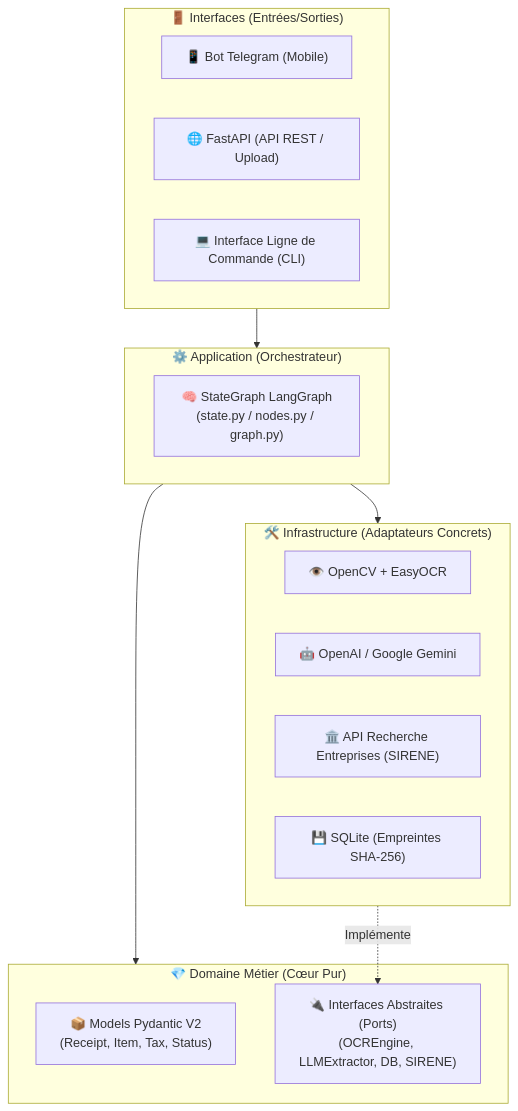
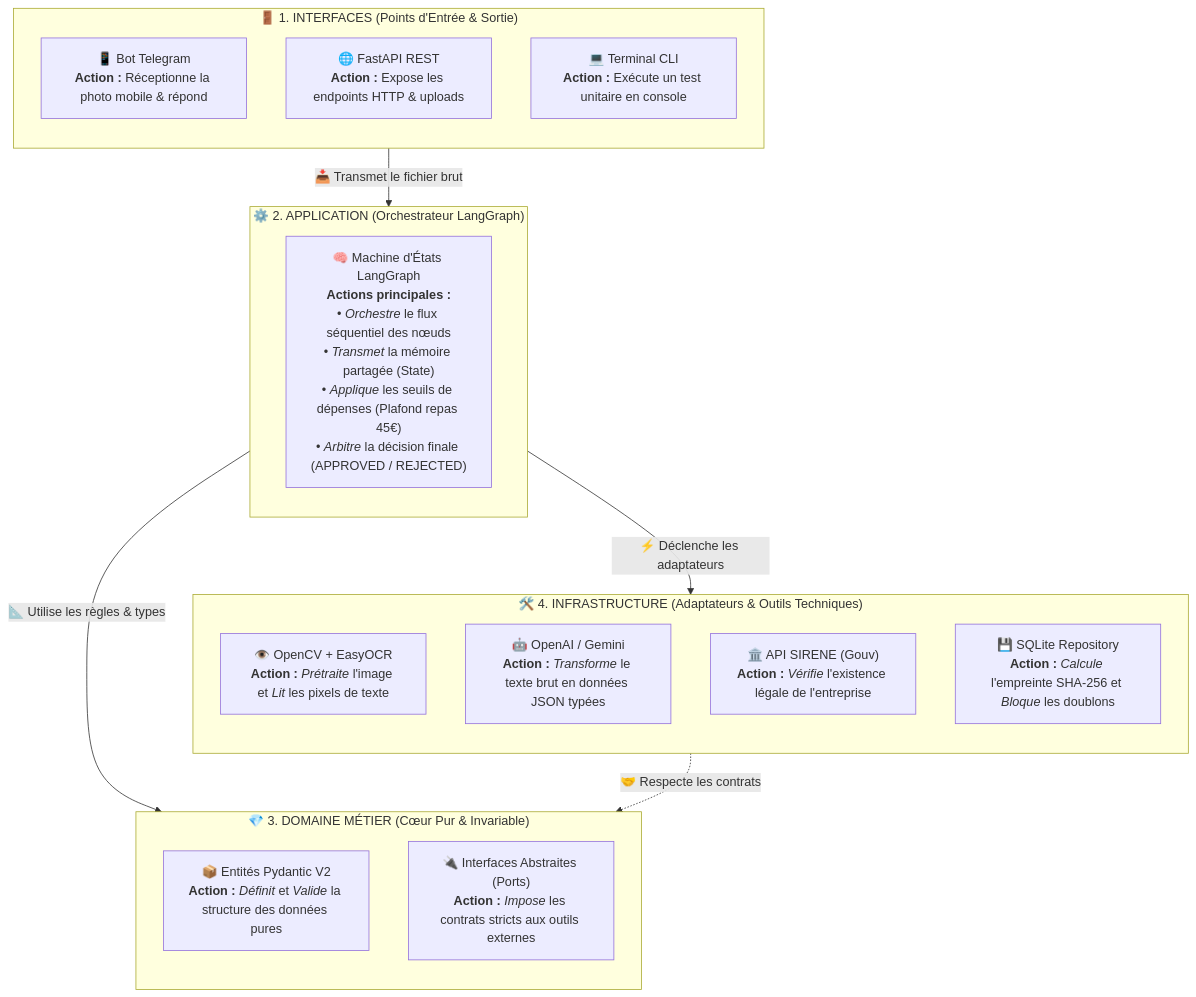
One commit to clairedata/expensyguard changed the first of 2 diagrams in README.md. Above: the diagram before and after it, drawn with Mermaid. The commit also changed other lines of this file, not shown here.

Commit message:
docs: ajout des verbes d'action sur les diagrammes d'architecture

````diff
--- a/README.md
+++ b/README.md
@@ -16,29 +16,34 @@
 ```mermaid
 flowchart TB
-    subgraph Interfaces["🚪 Interfaces (Entrées/Sorties)"]
-        TG["📱 Bot Telegram (Mobile)"]
-        API["🌐 FastAPI (API REST / Upload)"]
-        CLI["💻 Interface Ligne de Commande (CLI)"]
+    subgraph Interfaces["🚪 1. INTERFACES (Points d'Entrée & Sortie)"]
+        direction TB
+        TG["📱 Bot Telegram<br/><b>Action :</b> Réceptionne la photo mobile & répond"]
+        API["🌐 FastAPI REST<br/><b>Action :</b> Expose les endpoints HTTP & uploads"]
+        CLI["💻 Terminal CLI<br/><b>Action :</b> Exécute un test unitaire en console"]
     end
 
-    subgraph Application["⚙️ Application (Orchestrateur)"]
-        Graph["🧠 StateGraph LangGraph<br/>(state.py / nodes.py / graph.py)"]
+    subgraph Application["⚙️ 2. APPLICATION (Orchestrateur LangGraph)"]
+        direction TB
+        Graph["🧠 Machine d'États LangGraph<br/><b>Actions principales :</b><br/>• <i>Orchestre</i> le flux séquentiel des nœuds<br/>• <i>Transmet</i> la mémoire partagée (State)<br/>• <i>Applique</i> les seuils de dépenses (Plafond repas 45€)<br/>• <i>Arbitre</i> la décision finale (APPROVED / REJECTED)"]
     end
 
-    subgraph Domain["💎 Domaine Métier (Cœur Pur)"]
-        Models["📦 Models Pydantic V2<br/>(Receipt, Item, Tax, Status)"]
-        Ports["🔌 Interfaces Abstraites (Ports)<br/>(OCREngine, LLMExtractor, DB, SIRENE)"]
+    subgraph Domain["💎 3. DOMAINE MÉTIER (Cœur Pur & Invariable)"]
+        direction TB
+        Models["📦 Entités Pydantic V2<br/><b>Action :</b> <i>Définit</i> et <i>Valide</i> la structure des données pures"]
+        Ports["🔌 Interfaces Abstraites (Ports)<br/><b>Action :</b> <i>Impose</i> les contrats stricts aux outils externes"]
     end
 
-    subgraph Infrastructure["🛠️ Infrastructure (Adaptateurs Concrets)"]
-        OCR["👁️ OpenCV + EasyOCR"]
-        LLM["🤖 OpenAI / Google Gemini"]
-        REG["🏛️ API Recherche Entreprises (SIRENE)"]
-        DB["💾 SQLite (Empreintes SHA-256)"]
+    subgraph Infrastructure["🛠️ 4. INFRASTRUCTURE (Adaptateurs & Outils Techniques)"]
+        direction TB
+        OCR["👁️ OpenCV + EasyOCR<br/><b>Action :</b> <i>Prétraite</i> l'image et <i>Lit</i> les pixels de texte"]
+        LLM["🤖 OpenAI / Gemini<br/><b>Action :</b> <i>Transforme</i> le texte brut en données JSON typées"]
+        REG["🏛️ API SIRENE (Gouv)<br/><b>Action :</b> <i>Vérifie</i> l'existence légale de l'entreprise"]
+        DB["💾 SQLite Repository<br/><b>Action :</b> <i>Calcule</i> l'empreinte SHA-256 et <i>Bloque</i> les doublons"]
     end
 
-    Interfaces --> Application
-    Application --> Domain
-    Infrastructure -.->|Implémente| Ports
-    Application --> Infrastructure
+    %% Relations avec verbes d'action
+    Interfaces -->|📥 Transmet le fichier brut| Application
+    Application -->|📐 Utilise les règles & types| Domain
+    Infrastructure -.->|🤝 Respecte les contrats| Ports
+    Application -->|⚡ Déclenche les adaptateurs| Infrastructure
 ```
````
